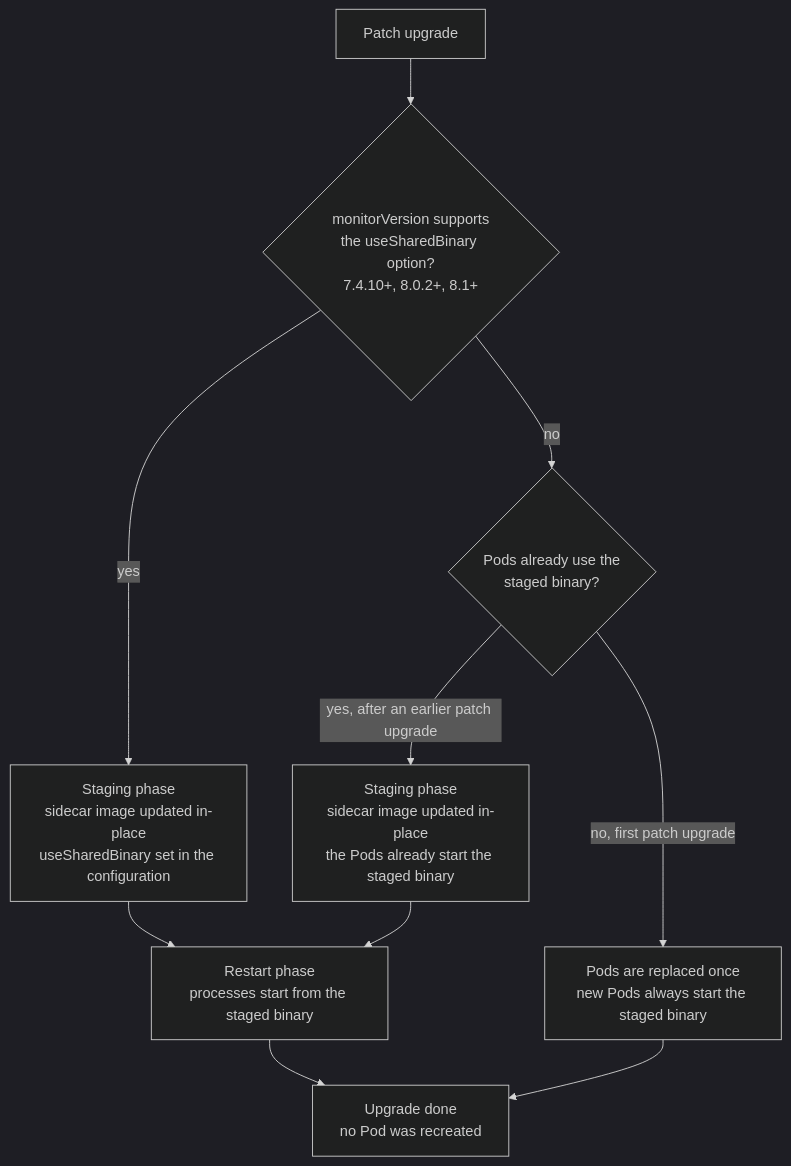
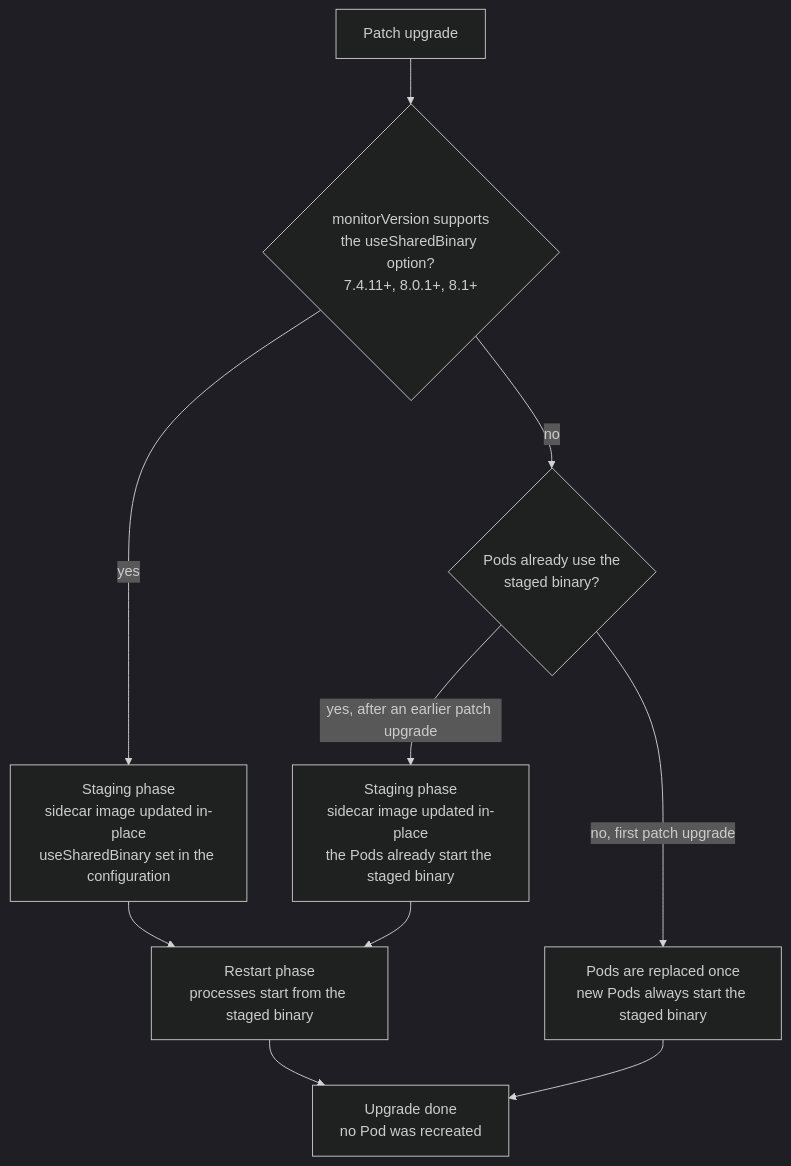
The fourth of 5 diagrams in docs/manual/upgrades.md (FoundationDB/fdb-kubernetes-operator), drawn with Mermaid (dark theme) before and after one commit. The commit also changed other lines of this file and 41 other files, not shown here.

Commit message:
Implement pinned monitor version for faster upgrades

````diff
--- a/docs/manual/upgrades.md
+++ b/docs/manual/upgrades.md
@@ -188,12 +191,12 @@
 ```mermaid
 flowchart TD
-    A["Patch upgrade"] --> B{"monitorVersion supports<br/>the useSharedBinary option?<br/>7.4.10+, 8.0.2+, 8.1+"}
+    A["Patch upgrade"] --> B{"monitorVersion supports<br/>the useSharedBinary option?<br/>7.4.11+, 8.0.1+, 8.1+"}
     B -->|"yes"| C["Staging phase<br/>sidecar image updated in-place<br/>useSharedBinary set in the configuration"]
     C --> D["Restart phase<br/>processes start from the staged binary"]
     D --> G["Upgrade done<br/>no Pod was recreated"]
     B -->|"no"| E{"Pods already use the<br/>staged binary?"}
     E -->|"yes, after an earlier patch upgrade"| H["Staging phase<br/>sidecar image updated in-place<br/>the Pods already start the staged binary"]
     H --> D
     E -->|"no, first patch upgrade"| F["Pods are replaced once<br/>new Pods always start the staged binary"]
     F --> G
 ```
````
